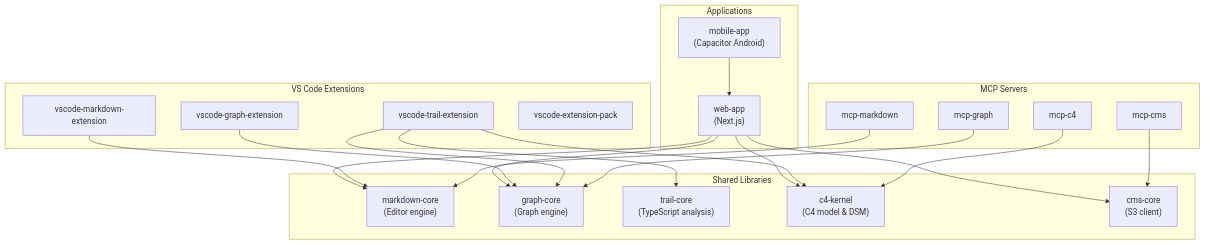
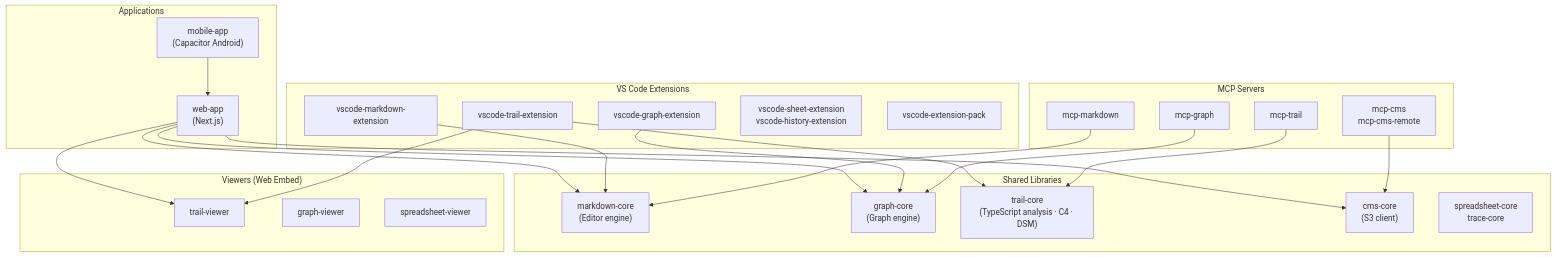
The diagram in README.md (kiyotaka-ueda/anytime-markdown), drawn with Mermaid before and after one commit. The commit also changed other lines of this file and 1 other file, not shown here.

````diff
--- a/README.md
+++ b/README.md
@@ -71,44 +62,50 @@
 ```mermaid
 flowchart TD
     subgraph core ["Shared Libraries"]
         MC["markdown-core<br/>(Editor engine)"]
         GC["graph-core<br/>(Graph engine)"]
-        TC["trail-core<br/>(TypeScript analysis)"]
-        C4["c4-kernel<br/>(C4 model & DSM)"]
+        TC["trail-core<br/>(TypeScript analysis · C4 · DSM)"]
         CC["cms-core<br/>(S3 client)"]
+        SC["spreadsheet-core<br/>trace-core"]
+    end
+
+    subgraph viewer ["Viewers (Web Embed)"]
+        TV["trail-viewer"]
+        GV["graph-viewer"]
+        SV["spreadsheet-viewer"]
     end
 
     subgraph app ["Applications"]
         WA["web-app<br/>(Next.js)"]
         MA["mobile-app<br/>(Capacitor Android)"]
     end
 
     subgraph ext ["VS Code Extensions"]
         VME["vscode-markdown-extension"]
+        VTE["vscode-trail-extension"]
         VGE["vscode-graph-extension"]
-        VTE["vscode-trail-extension"]
+        VSE["vscode-sheet-extension<br/>vscode-history-extension"]
         VEP["vscode-extension-pack"]
     end
 
     subgraph mcp ["MCP Servers"]
         MM["mcp-markdown"]
         MG["mcp-graph"]
-        MCM["mcp-cms"]
-        MC4["mcp-c4"]
+        MT["mcp-trail"]
+        MCM["mcp-cms<br/>mcp-cms-remote"]
     end
 
     WA --> MC
     WA --> GC
-    WA --> C4
+    WA --> TV
     WA --> CC
     VME --> MC
     VGE --> GC
     VTE --> TC
-    VTE --> C4
-    VTE --> GC
+    VTE --> TV
     MA --> WA
     MM --> MC
     MG --> GC
+    MT --> TC
     MCM --> CC
-    MC4 --> C4
 ```
````
